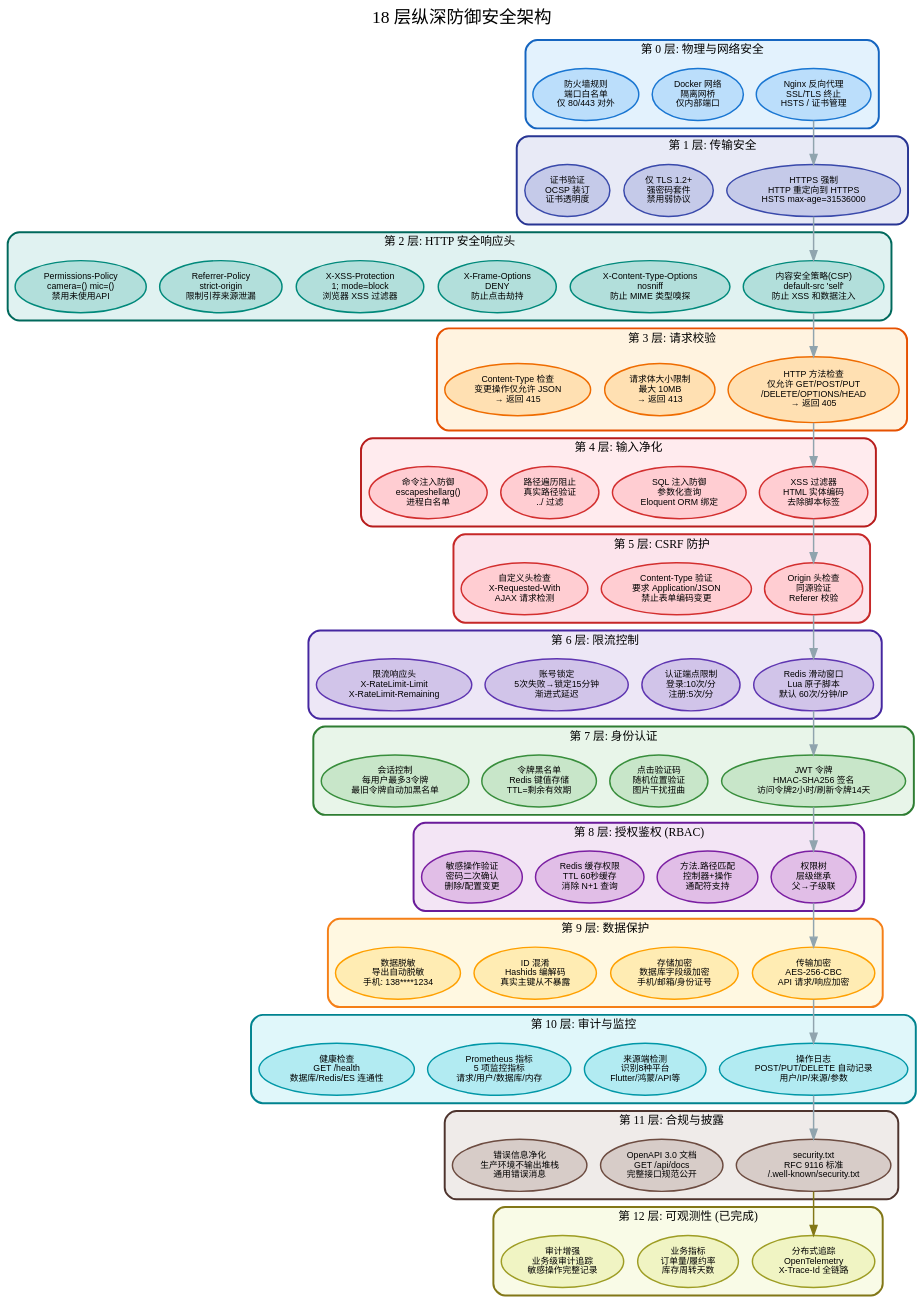
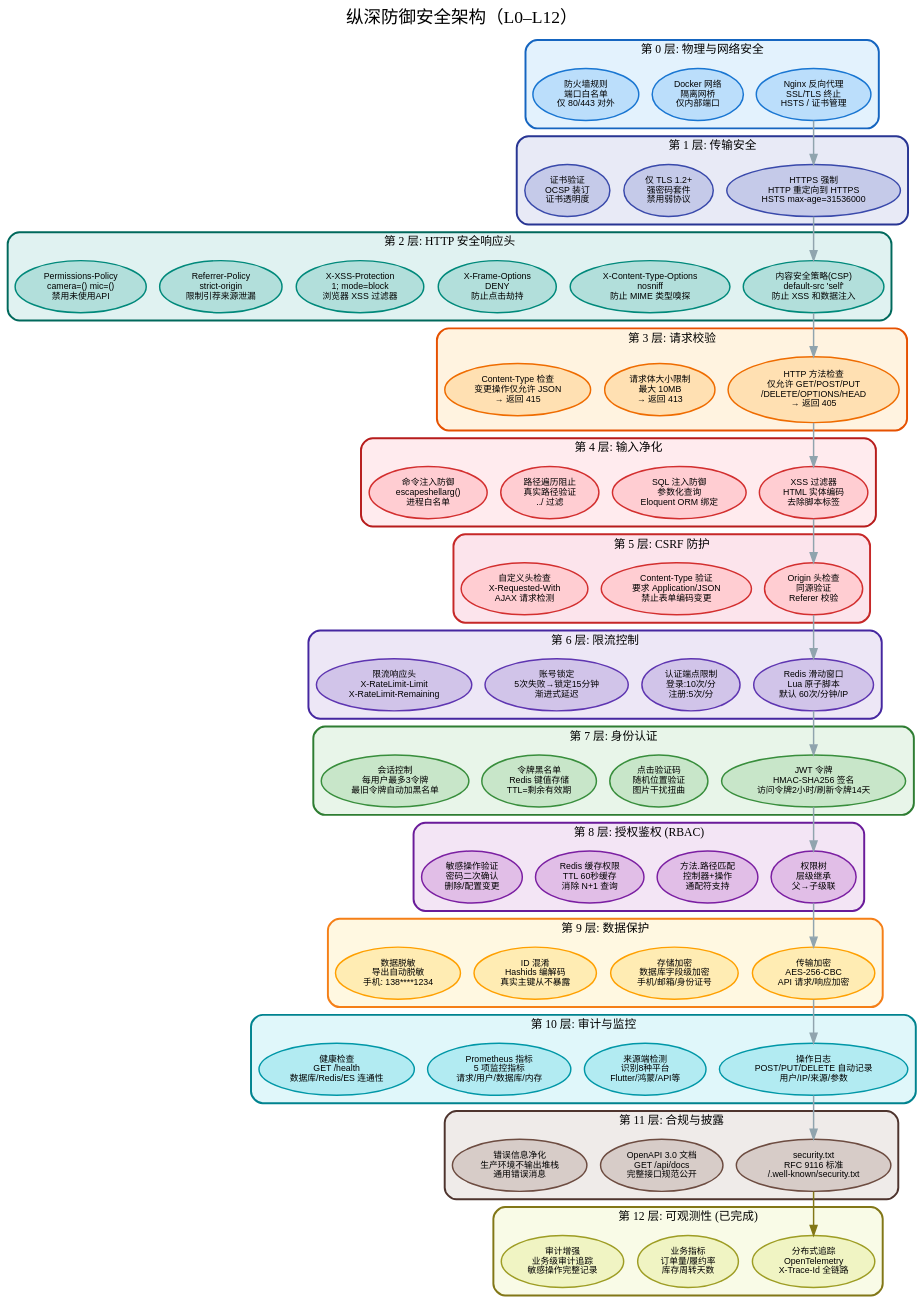
One commit to erikwang2013/erp-php changed the diagram in docs/diagrams/security-architecture-cn.dot. Above: the diagram before and after it, drawn with Graphviz. The commit also changed 325 other files, not shown here.

```diff
--- a/docs/diagrams/security-architecture-cn.dot
+++ b/docs/diagrams/security-architecture-cn.dot
@@ -1,156 +1,156 @@
 digraph SecurityArchitectureCN {
     rankdir=TB;
     fontname="Arial";
     fontsize=14;
     bgcolor="transparent";
     nodesep=0.2;
     ranksep=0.3;
     compound=true;
 
     node [fontname="Arial", fontsize=9, style="filled,rounded", penwidth=1.5];
 
-    label="18 层纵深防御安全架构";
+    label="纵深防御安全架构（L0–L12）";
     fontsize=18;
     fontname="Arial Bold";
     labelloc="t";
 
     subgraph cluster_L0 {
         label="第 0 层: 物理与网络安全";
         fontsize=12; fontname="Arial Bold";
         style="filled,rounded"; fillcolor="#e3f2fd"; color="#1565c0"; penwidth=2;
         L0a [label="Nginx 反向代理\nSSL/TLS 终止\nHSTS / 证书管理", fillcolor="#bbdefb", color="#1976d2"];
         L0b [label="Docker 网络\n隔离网桥\n仅内部端口", fillcolor="#bbdefb", color="#1976d2"];
         L0c [label="防火墙规则\n端口白名单\n仅 80/443 对外", fillcolor="#bbdefb", color="#1976d2"];
     }
 
     subgraph cluster_L1 {
         label="第 1 层: 传输安全";
         fontsize=12; fontname="Arial Bold";
         style="filled,rounded"; fillcolor="#e8eaf6"; color="#283593"; penwidth=2;
         L1a [label="HTTPS 强制\nHTTP 重定向到 HTTPS\nHSTS max-age=31536000", fillcolor="#c5cae9", color="#3949ab"];
         L1b [label="仅 TLS 1.2+\n强密码套件\n禁用弱协议", fillcolor="#c5cae9", color="#3949ab"];
         L1c [label="证书验证\nOCSP 装订\n证书透明度", fillcolor="#c5cae9", color="#3949ab"];
     }
 
     subgraph cluster_L2 {
         label="第 2 层: HTTP 安全响应头";
         fontsize=12; fontname="Arial Bold";
         style="filled,rounded"; fillcolor="#e0f2f1"; color="#00695c"; penwidth=2;
         L2a [label="内容安全策略(CSP)\ndefault-src 'self'\n防止 XSS 和数据注入", fillcolor="#b2dfdb", color="#00897b"];
         L2b [label="X-Content-Type-Options\nnosniff\n防止 MIME 类型嗅探", fillcolor="#b2dfdb", color="#00897b"];
         L2c [label="X-Frame-Options\nDENY\n防止点击劫持", fillcolor="#b2dfdb", color="#00897b"];
         L2d [label="X-XSS-Protection\n1; mode=block\n浏览器 XSS 过滤器", fillcolor="#b2dfdb", color="#00897b"];
         L2e [label="Referrer-Policy\nstrict-origin\n限制引荐来源泄漏", fillcolor="#b2dfdb", color="#00897b"];
         L2f [label="Permissions-Policy\ncamera=() mic=()\n禁用未使用API", fillcolor="#b2dfdb", color="#00897b"];
     }
 
     subgraph cluster_L3 {
         label="第 3 层: 请求校验";
         fontsize=12; fontname="Arial Bold";
         style="filled,rounded"; fillcolor="#fff3e0"; color="#e65100"; penwidth=2;
         L3a [label="HTTP 方法检查\n仅允许 GET/POST/PUT\n/DELETE/OPTIONS/HEAD\n→ 返回 405", fillcolor="#ffe0b2", color="#ef6c00"];
         L3b [label="请求体大小限制\n最大 10MB\n→ 返回 413", fillcolor="#ffe0b2", color="#ef6c00"];
         L3c [label="Content-Type 检查\n变更操作仅允许 JSON\n→ 返回 415", fillcolor="#ffe0b2", color="#ef6c00"];
     }
 
     subgraph cluster_L4 {
         label="第 4 层: 输入净化";
         fontsize=12; fontname="Arial Bold";
         style="filled,rounded"; fillcolor="#ffebee"; color="#b71c1c"; penwidth=2;
         L4a [label="XSS 过滤器\nHTML 实体编码\n去除脚本标签", fillcolor="#ffcdd2", color="#d32f2f"];
         L4b [label="SQL 注入防御\n参数化查询\nEloquent ORM 绑定", fillcolor="#ffcdd2", color="#d32f2f"];
         L4c [label="路径遍历阻止\n真实路径验证\n../ 过滤", fillcolor="#ffcdd2", color="#d32f2f"];
         L4d [label="命令注入防御\nescapeshellarg()\n进程白名单", fillcolor="#ffcdd2", color="#d32f2f"];
     }
 
     subgraph cluster_L5 {
         label="第 5 层: CSRF 防护";
         fontsize=12; fontname="Arial Bold";
         style="filled,rounded"; fillcolor="#fce4ec"; color="#c62828"; penwidth=2;
         L5a [label="Origin 头检查\n同源验证\nReferer 校验", fillcolor="#ffcdd2", color="#d32f2f"];
         L5b [label="Content-Type 验证\n要求 Application/JSON\n禁止表单编码变更", fillcolor="#ffcdd2", color="#d32f2f"];
         L5c [label="自定义头检查\nX-Requested-With\nAJAX 请求检测", fillcolor="#ffcdd2", color="#d32f2f"];
     }
 
     subgraph cluster_L6 {
         label="第 6 层: 限流控制";
         fontsize=12; fontname="Arial Bold";
         style="filled,rounded"; fillcolor="#ede7f6"; color="#4527a0"; penwidth=2;
         L6a [label="Redis 滑动窗口\nLua 原子脚本\n默认 60次/分钟/IP", fillcolor="#d1c4e9", color="#5e35b1"];
         L6b [label="认证端点限制\n登录:10次/分\n注册:5次/分", fillcolor="#d1c4e9", color="#5e35b1"];
         L6c [label="账号锁定\n5次失败→锁定15分钟\n渐进式延迟", fillcolor="#d1c4e9", color="#5e35b1"];
         L6d [label="限流响应头\nX-RateLimit-Limit\nX-RateLimit-Remaining", fillcolor="#d1c4e9", color="#5e35b1"];
     }
 
     subgraph cluster_L7 {
         label="第 7 层: 身份认证";
         fontsize=12; fontname="Arial Bold";
         style="filled,rounded"; fillcolor="#e8f5e9"; color="#2e7d32"; penwidth=2;
         L7a [label="JWT 令牌\nHMAC-SHA256 签名\n访问令牌2小时/刷新令牌14天", fillcolor="#c8e6c9", color="#388e3c"];
         L7b [label="点击验证码\n随机位置验证\n图片干扰扭曲", fillcolor="#c8e6c9", color="#388e3c"];
         L7c [label="令牌黑名单\nRedis 键值存储\nTTL=剩余有效期", fillcolor="#c8e6c9", color="#388e3c"];
         L7d [label="会话控制\n每用户最多3令牌\n最旧令牌自动加黑名单", fillcolor="#c8e6c9", color="#388e3c"];
     }
 
     subgraph cluster_L8 {
         label="第 8 层: 授权鉴权 (RBAC)";
         fontsize=12; fontname="Arial Bold";
         style="filled,rounded"; fillcolor="#f3e5f5"; color="#6a1b9a"; penwidth=2;
         L8a [label="权限树\n层级继承\n父→子级联", fillcolor="#e1bee7", color="#7b1fa2"];
         L8b [label="方法.路径匹配\n控制器+操作\n通配符支持", fillcolor="#e1bee7", color="#7b1fa2"];
         L8c [label="Redis 缓存权限\nTTL 60秒缓存\n消除 N+1 查询", fillcolor="#e1bee7", color="#7b1fa2"];
         L8d [label="敏感操作验证\n密码二次确认\n删除/配置变更", fillcolor="#e1bee7", color="#7b1fa2"];
     }
 
     subgraph cluster_L9 {
         label="第 9 层: 数据保护";
         fontsize=12; fontname="Arial Bold";
         style="filled,rounded"; fillcolor="#fff8e1"; color="#f57f17"; penwidth=2;
         L9a [label="传输加密\nAES-256-CBC\nAPI 请求/响应加密", fillcolor="#ffecb3", color="#ffa000"];
         L9b [label="存储加密\n数据库字段级加密\n手机/邮箱/身份证号", fillcolor="#ffecb3", color="#ffa000"];
         L9c [label="ID 混淆\nHashids 编解码\n真实主键从不暴露", fillcolor="#ffecb3", color="#ffa000"];
         L9d [label="数据脱敏\n导出自动脱敏\n手机: 138****1234", fillcolor="#ffecb3", color="#ffa000"];
     }
 
     subgraph cluster_L10 {
         label="第 10 层: 审计与监控";
         fontsize=12; fontname="Arial Bold";
         style="filled,rounded"; fillcolor="#e0f7fa"; color="#00838f"; penwidth=2;
         L10a [label="操作日志\nPOST/PUT/DELETE 自动记录\n用户/IP/来源/参数", fillcolor="#b2ebf2", color="#0097a7"];
         L10b [label="来源端检测\n识别8种平台\nFlutter/鸿蒙/API等", fillcolor="#b2ebf2", color="#0097a7"];
         L10c [label="Prometheus 指标\n5 项监控指标\n请求/用户/数据库/内存", fillcolor="#b2ebf2", color="#0097a7"];
         L10d [label="健康检查\nGET /health\n数据库/Redis/ES 连通性", fillcolor="#b2ebf2", color="#0097a7"];
     }
 
     subgraph cluster_L11 {
         label="第 11 层: 合规与披露";
         fontsize=12; fontname="Arial Bold";
         style="filled,rounded"; fillcolor="#efebe9"; color="#4e342e"; penwidth=2;
         L11a [label="security.txt\nRFC 9116 标准\n/.well-known/security.txt", fillcolor="#d7ccc8", color="#6d4c41"];
         L11b [label="OpenAPI 3.0 文档\nGET /api/docs\n完整接口规范公开", fillcolor="#d7ccc8", color="#6d4c41"];
         L11c [label="错误信息净化\n生产环境不输出堆栈\n通用错误消息", fillcolor="#d7ccc8", color="#6d4c41"];
     }
 
     L0a -> L1a [color="#90a4ae", penwidth=1.5];
     L1a -> L2a [color="#90a4ae", penwidth=1.5];
     L2a -> L3a [color="#90a4ae", penwidth=1.5];
     L3a -> L4a [color="#90a4ae", penwidth=1.5];
     L4a -> L5a [color="#90a4ae", penwidth=1.5];
     L5a -> L6a [color="#90a4ae", penwidth=1.5];
     L6a -> L7a [color="#90a4ae", penwidth=1.5];
     L7a -> L8a [color="#90a4ae", penwidth=1.5];
     L8a -> L9a [color="#90a4ae", penwidth=1.5];
     L9a -> L10a [color="#90a4ae", penwidth=1.5];
     L10a -> L11a [color="#90a4ae", penwidth=1.5];
 
     subgraph cluster_L12 {
         label="第 12 层: 可观测性 (已完成)";
         fontsize=12; fontname="Arial Bold";
         style="filled,rounded"; fillcolor="#f9fbe7"; color="#827717"; penwidth=2;
         L12a [label="分布式追踪\nOpenTelemetry\nX-Trace-Id 全链路", fillcolor="#f0f4c3", color="#9e9d24"];
         L12b [label="业务指标\n订单量/履约率\n库存周转天数", fillcolor="#f0f4c3", color="#9e9d24"];
         L12c [label="审计增强\n业务级审计追踪\n敏感操作完整记录", fillcolor="#f0f4c3", color="#9e9d24"];
     }
 
     L11a -> L12a [color="#827717", penwidth=1.5];
 }
```
